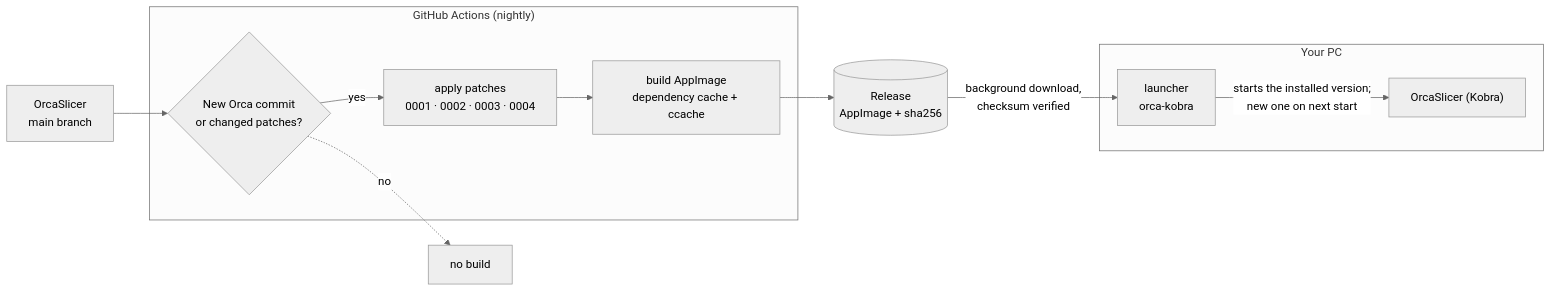
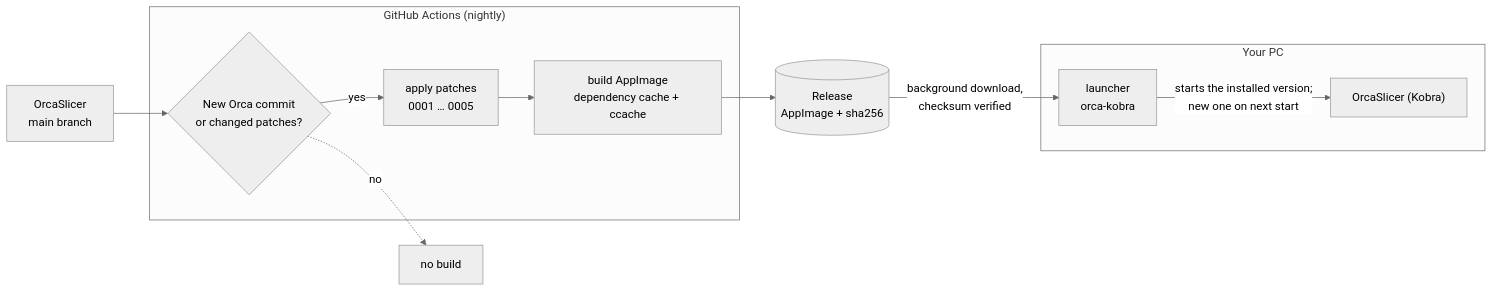
One commit to xNoVoSx/orca-kobra changed the diagram in README.md. Above: the diagram before and after it, drawn with Mermaid (neutral theme). The commit also changed other lines of this file and 4 other files, not shown here.

````diff
--- a/README.md
+++ b/README.md
@@ -38,20 +38,20 @@
 ```mermaid
 flowchart LR
     UP[OrcaSlicer<br/>main branch]
     subgraph GH["GitHub Actions (nightly)"]
         CK{New Orca commit<br/>or changed patches?}
-        AP[apply patches<br/>0001 · 0002 · 0003 · 0004]
+        AP[apply patches<br/>0001 … 0005]
         BU[build AppImage<br/>dependency cache + ccache]
     end
     RE[(Release<br/>AppImage + sha256)]
     subgraph PC["Your PC"]
         LA[launcher<br/>orca-kobra]
         OR["OrcaSlicer (Kobra)"]
     end
 
     UP --> CK
     CK -- yes --> AP --> BU --> RE
     CK -. no .-> SK[no build]
     RE -- "background download,<br/>checksum verified" --> LA
     LA -- "starts the installed version;<br/>new one on next start" --> OR
 ```
````
